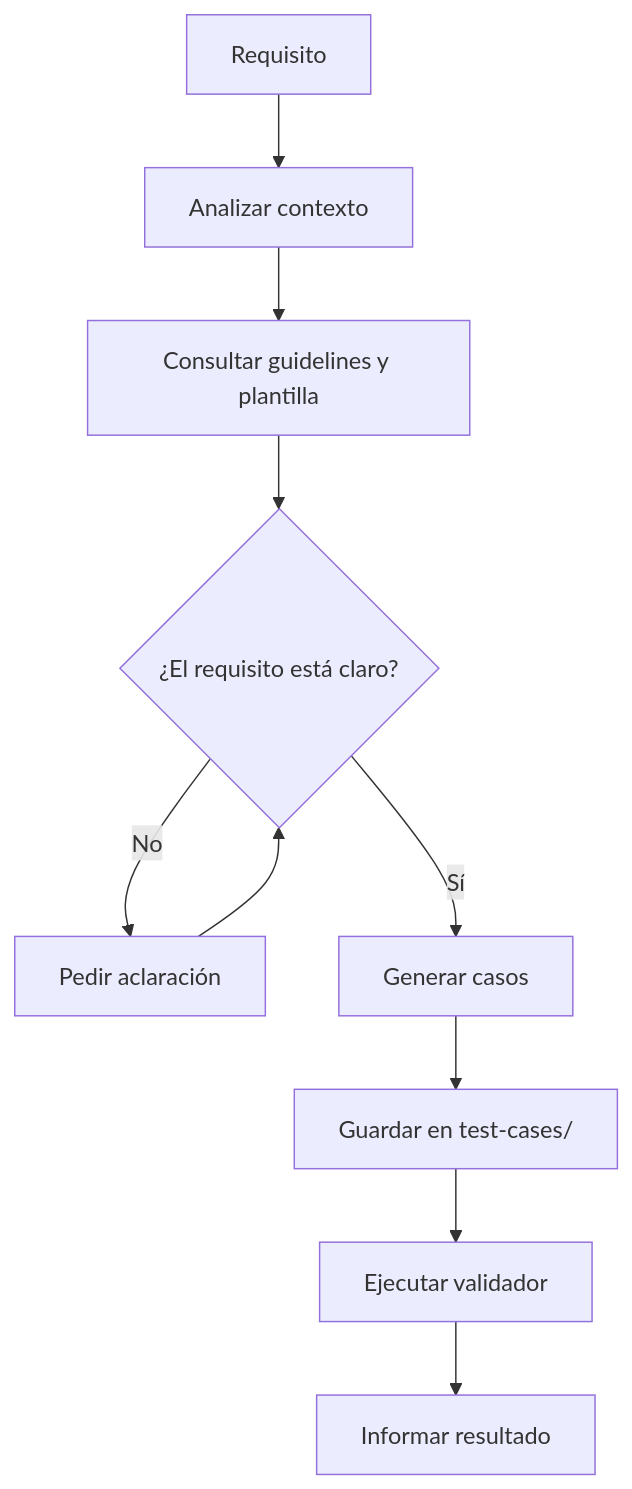
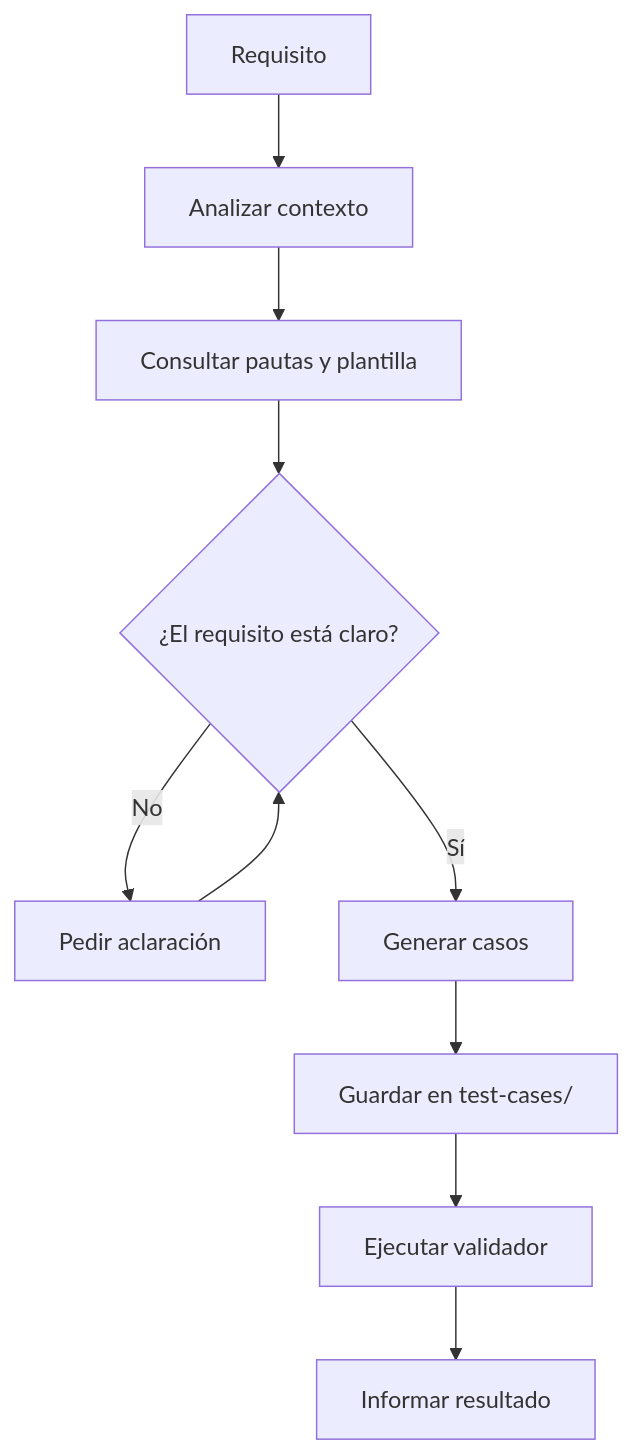
Before and after one commit to NatArteaga05/tarea-skill: the diagram in .codex/skills/acceptance-to-test-cases/README.md, drawn with Mermaid. The commit also changed other lines of this file and 2 other files, not shown here.

````diff
--- a/.codex/skills/acceptance-to-test-cases/README.md
+++ b/.codex/skills/acceptance-to-test-cases/README.md
@@ -156,12 +100,12 @@
 ```mermaid
 flowchart TD
     A[Requisito] --> B[Analizar contexto]
-    B --> C[Consultar guidelines y plantilla]
+    B --> C[Consultar pautas y plantilla]
     C --> D{¿El requisito está claro?}
     D -- No --> E[Pedir aclaración]
     E --> D
     D -- Sí --> F[Generar casos]
     F --> G[Guardar en test-cases/]
     G --> H[Ejecutar validador]
     H --> I[Informar resultado]
 ```
````
